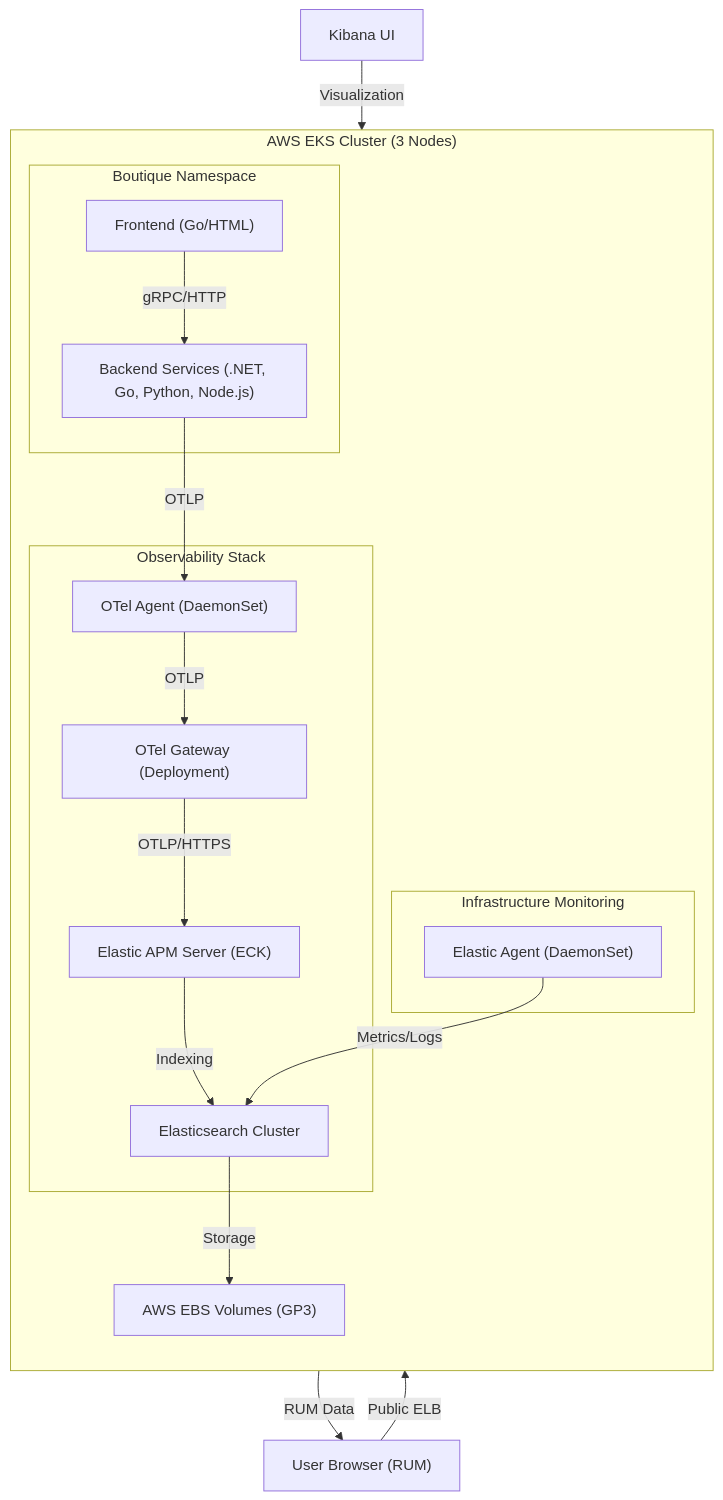
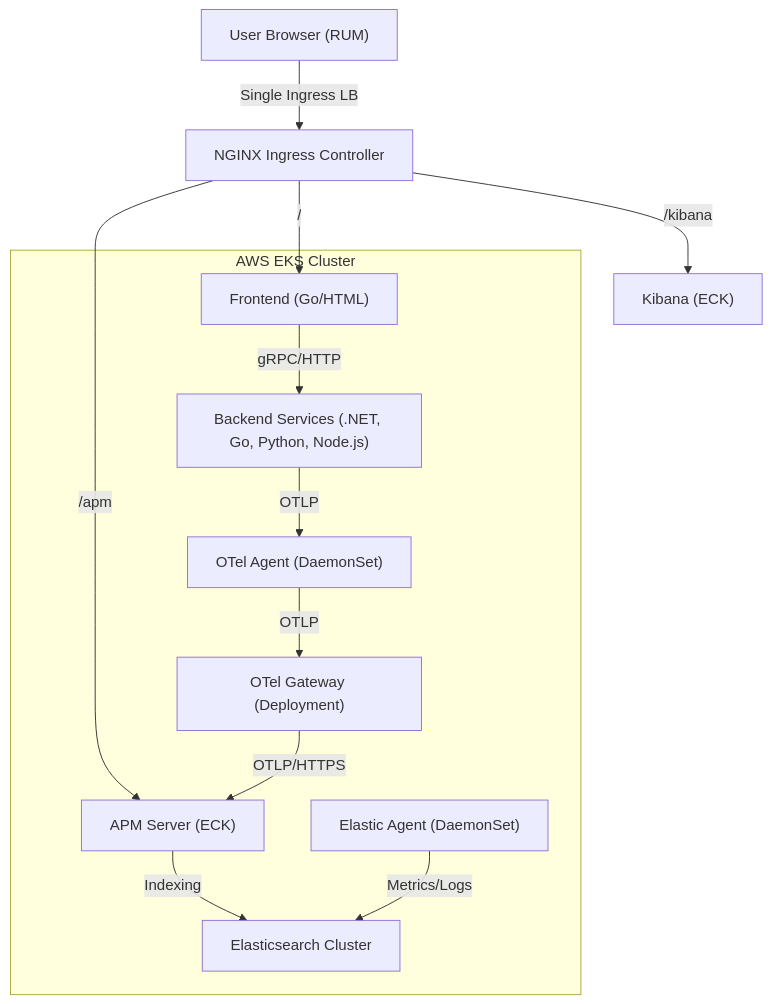
The diagram in README.md (AgasProsper/microservices-observability-elastic-otel), drawn with Mermaid before and after one commit. The commit also changed other lines of this file and 18 other files, not shown here.

Commit message:
Initial professional observability stack setup

````diff
--- a/README.md
+++ b/README.md
@@ -50,29 +61,17 @@
 ```mermaid
 graph TD
-    User["User Browser (RUM)"] -->|Public ELB| Frontend["Frontend (Go/HTML)"]
+    User["User Browser (RUM)"] -->|Single Ingress LB| Ingress["NGINX Ingress Controller"]
     
-    subgraph "AWS EKS Cluster (3 Nodes)"
-        direction TB
-        
-        subgraph "Boutique Namespace"
-            Frontend -->|gRPC/HTTP| Services["Backend Services (.NET, Go, Python, Node.js)"]
-        end
-        
-        subgraph "Observability Stack"
-            Services -->|OTLP| OTelAgent["OTel Agent (DaemonSet)"]
-            OTelAgent -->|OTLP| OTelGateway["OTel Gateway (Deployment)"]
-            
-            OTelGateway -->|OTLP/HTTPS| APMServer["Elastic APM Server (ECK)"]
-            APMServer -->|Indexing| ES["Elasticsearch Cluster"]
-        end
-        
-        subgraph "Infrastructure Monitoring"
-            EAgent["Elastic Agent (DaemonSet)"] -->|Metrics/Logs| ES
-        end
-        
-        ES -->|Storage| EBS["AWS EBS Volumes (GP3)"]
+    Ingress -->|/| Frontend["Frontend (Go/HTML)"]
+    Ingress -->|/kibana| Kibana["Kibana (ECK)"]
+    Ingress -->|/apm| APMServer["APM Server (ECK)"]
+    
+    subgraph "AWS EKS Cluster"
+        Frontend -->|gRPC/HTTP| Services["Backend Services (.NET, Go, Python, Node.js)"]
+        Services -->|OTLP| OTelAgent["OTel Agent (DaemonSet)"]
+        OTelAgent -->|OTLP| OTelGateway["OTel Gateway (Deployment)"]
+        OTelGateway -->|OTLP/HTTPS| APMServer
+        APMServer -->|Indexing| ES["Elasticsearch Cluster"]
+        EAgent["Elastic Agent (DaemonSet)"] -->|Metrics/Logs| ES
     end
-    
-    Kibana["Kibana UI"] -->|Visualization| ES
-    APMServer -->|RUM Data| User
 ```
````
